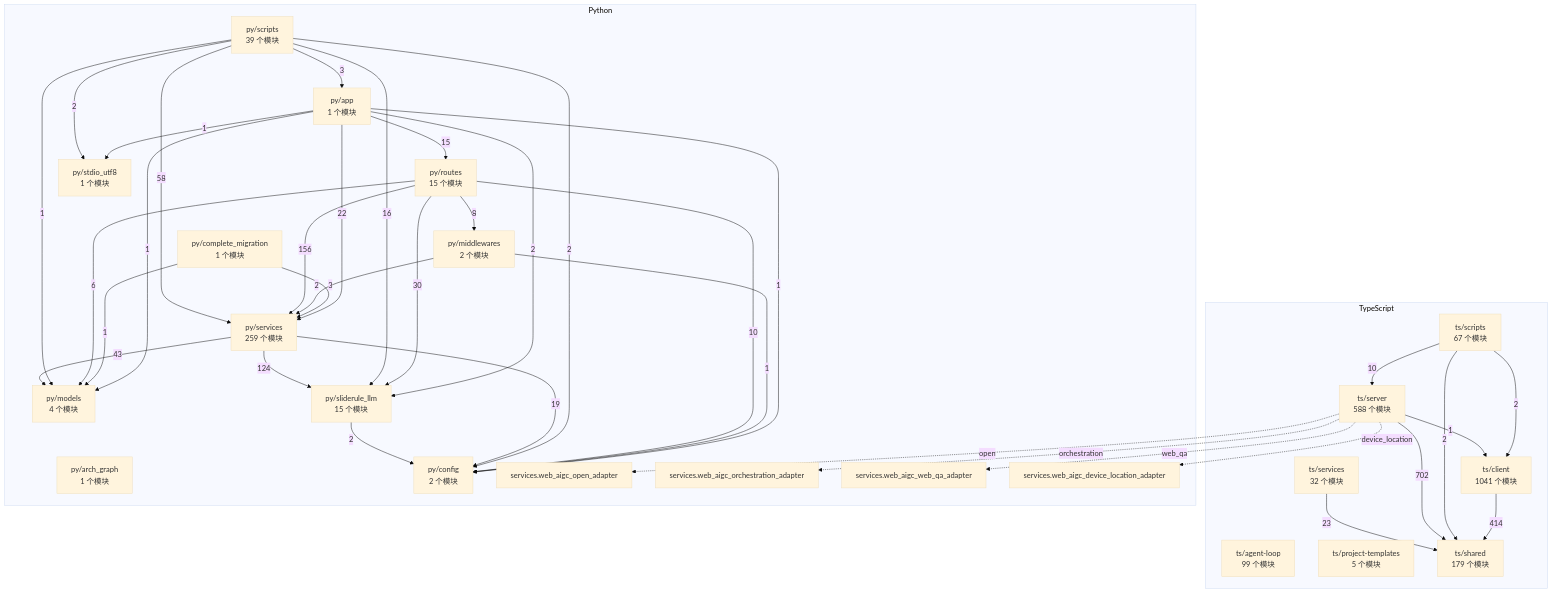
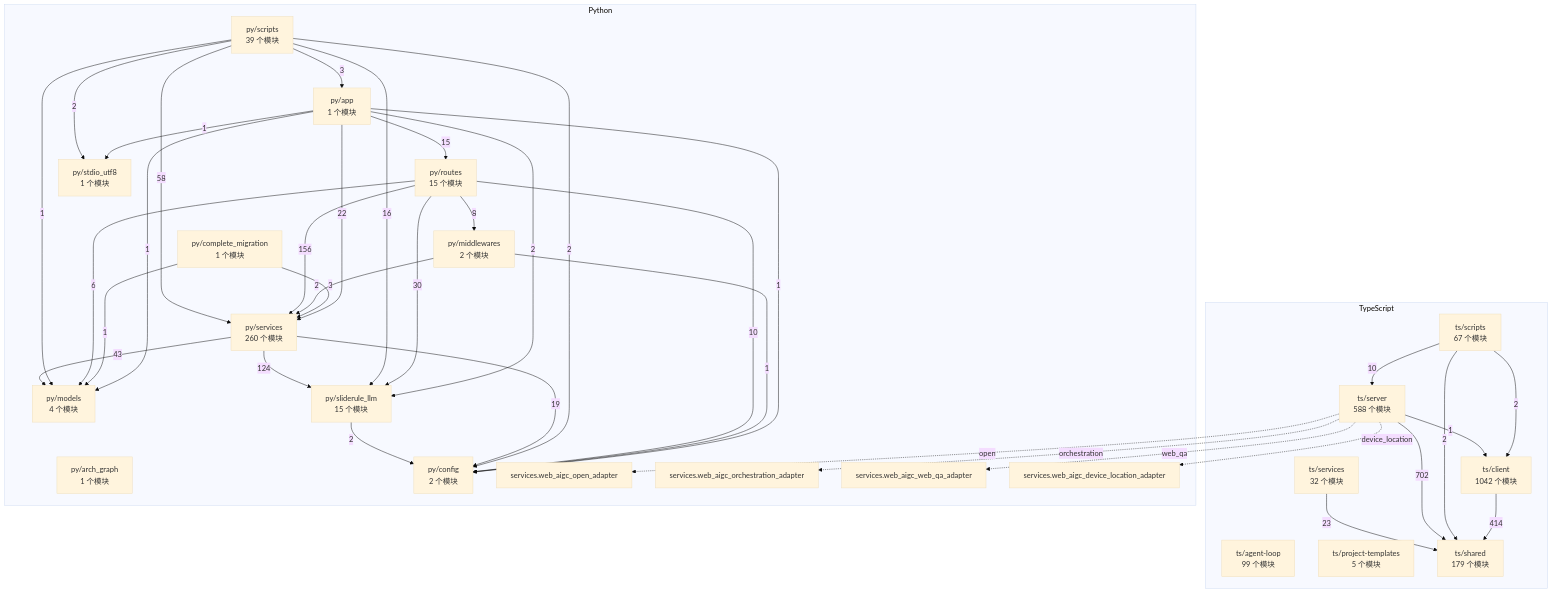
The diagram in docs/WhyBuddy 全仓架构图（自动生成）.md (2686521696/WhyBuddy), drawn with Mermaid (base theme) before and after one commit. The commit also changed 13 other files, not shown here.

````diff
--- a/docs/WhyBuddy 全仓架构图（自动生成）.md
+++ b/docs/WhyBuddy 全仓架构图（自动生成）.md
@@ -14,65 +14,65 @@
 ```mermaid
 flowchart TB
   subgraph ts [TypeScript]
     ts_agent_loop["ts/agent-loop<br/>99 个模块"]
-    ts_client["ts/client<br/>1041 个模块"]
+    ts_client["ts/client<br/>1042 个模块"]
     ts_project_templates["ts/project-templates<br/>5 个模块"]
     ts_scripts["ts/scripts<br/>67 个模块"]
     ts_server["ts/server<br/>588 个模块"]
     ts_services["ts/services<br/>32 个模块"]
     ts_shared["ts/shared<br/>179 个模块"]
   end
   subgraph py [Python]
     py_app["py/app<br/>1 个模块"]
     py_arch_graph["py/arch_graph<br/>1 个模块"]
     py_complete_migration["py/complete_migration<br/>1 个模块"]
     py_config["py/config<br/>2 个模块"]
     py_middlewares["py/middlewares<br/>2 个模块"]
     py_models["py/models<br/>4 个模块"]
     py_routes["py/routes<br/>15 个模块"]
     py_scripts["py/scripts<br/>39 个模块"]
-    py_services["py/services<br/>259 个模块"]
+    py_services["py/services<br/>260 个模块"]
     py_sliderule_llm["py/sliderule_llm<br/>15 个模块"]
     py_stdio_utf8["py/stdio_utf8<br/>1 个模块"]
     py_services_web_aigc_open_adapter["services.web_aigc_open_adapter"]
     py_services_web_aigc_orchestration_adapter["services.web_aigc_orchestration_adapter"]
     py_services_web_aigc_web_qa_adapter["services.web_aigc_web_qa_adapter"]
     py_services_web_aigc_device_location_adapter["services.web_aigc_device_location_adapter"]
   end
   ts_client -->|414| ts_shared
   ts_scripts -->|2| ts_client
   ts_scripts -->|10| ts_server
   ts_scripts -->|2| ts_shared
   ts_server -->|1| ts_client
   ts_server -->|702| ts_shared
   ts_services -->|23| ts_shared
   py_app -->|1| py_config
   py_app -->|1| py_models
   py_app -->|15| py_routes
   py_app -->|22| py_services
   py_app -->|2| py_sliderule_llm
   py_app -->|1| py_stdio_utf8
   py_complete_migration -->|1| py_models
   py_complete_migration -->|3| py_services
   py_middlewares -->|1| py_config
   py_middlewares -->|2| py_services
   py_routes -->|10| py_config
   py_routes -->|8| py_middlewares
   py_routes -->|6| py_models
   py_routes -->|156| py_services
   py_routes -->|30| py_sliderule_llm
   py_scripts -->|3| py_app
   py_scripts -->|2| py_config
   py_scripts -->|1| py_models
   py_scripts -->|58| py_services
   py_scripts -->|16| py_sliderule_llm
   py_scripts -->|2| py_stdio_utf8
   py_services -->|19| py_config
   py_services -->|43| py_models
   py_services -->|124| py_sliderule_llm
   py_sliderule_llm -->|2| py_config
   ts_server -.->|open| py_services_web_aigc_open_adapter
   ts_server -.->|orchestration| py_services_web_aigc_orchestration_adapter
   ts_server -.->|web_qa| py_services_web_aigc_web_qa_adapter
   ts_server -.->|device_location| py_services_web_aigc_device_location_adapter
 ```
````
